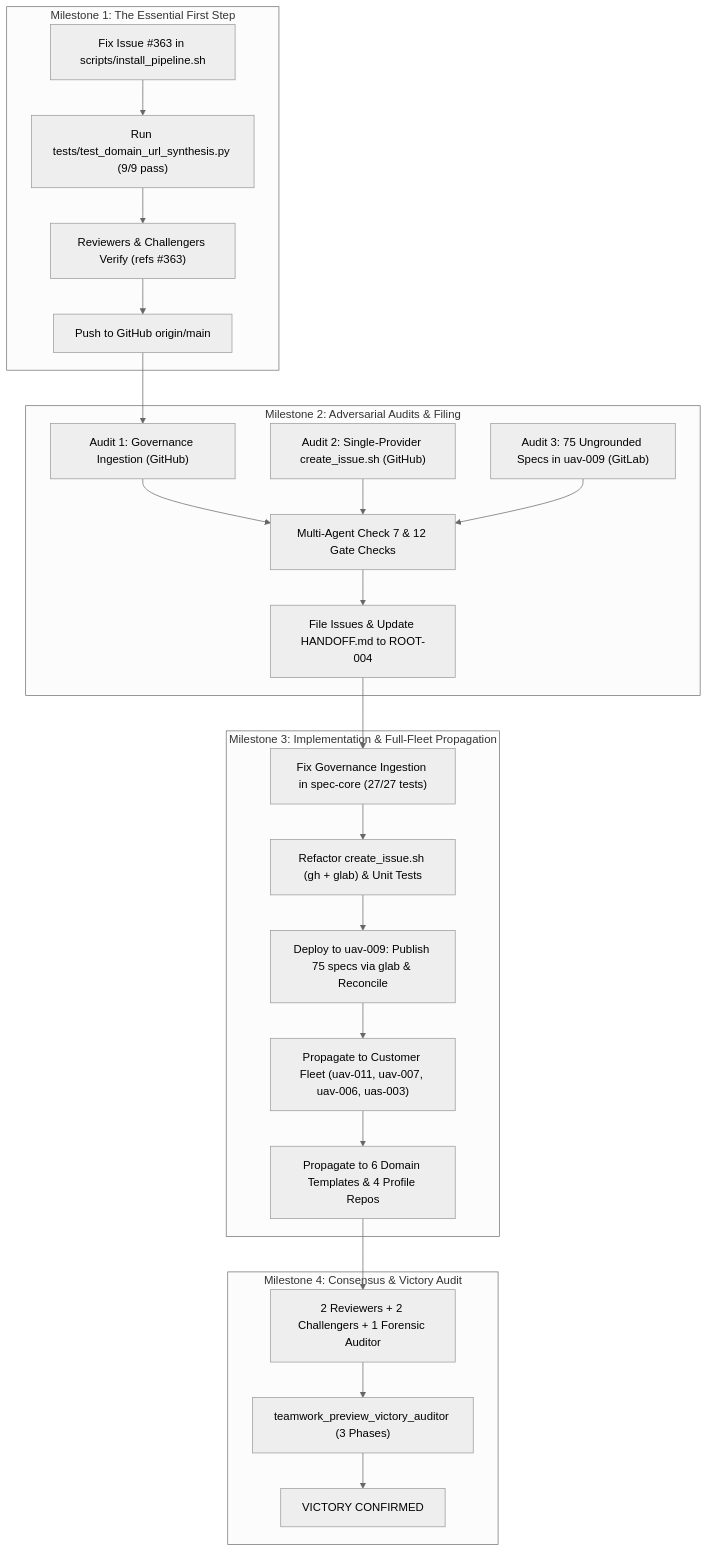
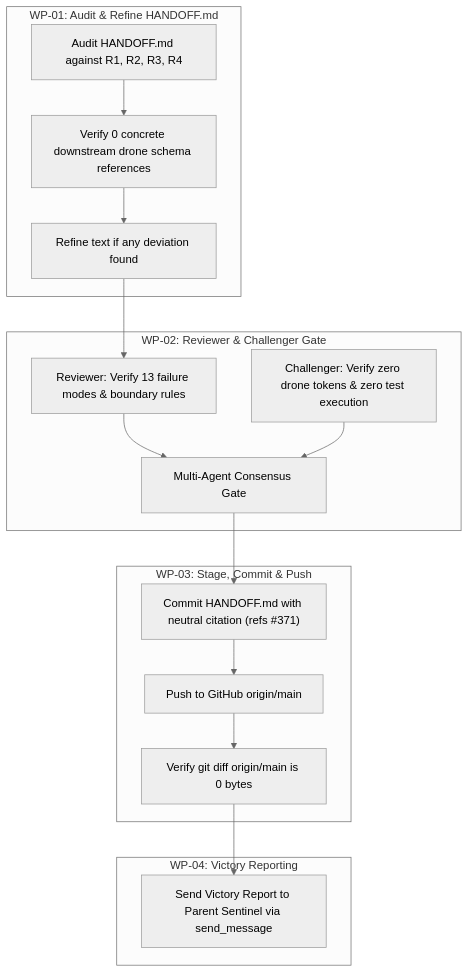
The diagram in implementation_plan.md (gintatkinson/DEAP01-spec-core), drawn with Mermaid (neutral theme) before and after one commit. The commit also changed other lines of this file and 3 other files, not shown here.

Commit message:
docs(handoff): update HANDOFF.md to DEAP-HANDOFF-ROOT-006 (refs #371)

````diff
--- a/implementation_plan.md
+++ b/implementation_plan.md
@@ -34,39 +35,31 @@
 ```mermaid
 flowchart TD
-    subgraph M1["Milestone 1: The Essential First Step"]
-        M1_Fix["Fix Issue #363 in scripts/install_pipeline.sh"]
-        M1_Test["Run tests/test_domain_url_synthesis.py (9/9 pass)"]
-        M1_Review["Reviewers & Challengers Verify (refs #363)"]
-        M1_Push["Push to GitHub origin/main"]
-        M1_Fix --> M1_Test --> M1_Review --> M1_Push
+    subgraph WP01 ["WP-01: Audit & Refine HANDOFF.md"]
+        WP01_Audit["Audit HANDOFF.md against R1, R2, R3, R4"]
+        WP01_Verify["Verify 0 concrete downstream drone schema references"]
+        WP01_Refine["Refine text if any deviation found"]
+        WP01_Audit --> WP01_Verify --> WP01_Refine
     end
 
-    subgraph M2["Milestone 2: Adversarial Audits & Filing"]
-        M2_Audit1["Audit 1: Governance Ingestion (GitHub)"]
-        M2_Audit2["Audit 2: Single-Provider create_issue.sh (GitHub)"]
-        M2_Audit3["Audit 3: 75 Ungrounded Specs in uav-009 (GitLab)"]
-        M2_Gate["Multi-Agent Check 7 & 12 Gate Checks"]
-        M2_File["File Issues & Update HANDOFF.md to ROOT-004"]
-        M2_Audit1 & M2_Audit2 & M2_Audit3 --> M2_Gate --> M2_File
+    subgraph WP02 ["WP-02: Reviewer & Challenger Gate"]
+        WP02_Review["Reviewer: Verify 13 failure modes & boundary rules"]
+        WP02_Challenge["Challenger: Verify zero drone tokens & zero test execution"]
+        WP02_Review --> WP02_Gate["Multi-Agent Consensus Gate"]
+        WP02_Challenge --> WP02_Gate
     end
 
-    subgraph M3["Milestone 3: Implementation & Full-Fleet Propagation"]
-        M3_Gov["Fix Governance Ingestion in spec-core (27/27 tests)"]
-        M3_Dual["Refactor create_issue.sh (gh + glab) & Unit Tests"]
-        M3_UAV009["Deploy to uav-009: Publish 75 specs via glab & Reconcile"]
-        M3_Cust["Propagate to Customer Fleet (uav-011, uav-007, uav-006, uas-003)"]
-        M3_Templates["Propagate to 6 Domain Templates & 4 Profile Repos"]
-        M3_Gov --> M3_Dual --> M3_UAV009 --> M3_Cust --> M3_Templates
+    subgraph WP03 ["WP-03: Stage, Commit & Push"]
+        WP03_Commit["Commit HANDOFF.md with neutral citation (refs #371)"]
+        WP03_Push["Push to GitHub origin/main"]
+        WP03_Diff["Verify git diff origin/main is 0 bytes"]
+        WP03_Commit --> WP03_Push --> WP03_Diff
     end
 
-    subgraph M4["Milestone 4: Consensus & Victory Audit"]
-        M4_Gate["2 Reviewers + 2 Challengers + 1 Forensic Auditor"]
-        M4_Victory["teamwork_preview_victory_auditor (3 Phases)"]
-        M4_Confirmed["VICTORY CONFIRMED"]
-        M4_Gate --> M4_Victory --> M4_Confirmed
+    subgraph WP04 ["WP-04: Victory Reporting"]
+        WP04_Report["Send Victory Report to Parent Sentinel via send_message"]
     end
 
-    M1_Push --> M2_Audit1
-    M2_File --> M3_Gov
-    M3_Templates --> M4_Gate
+    WP01_Refine --> WP02_Review
+    WP02_Gate --> WP03_Commit
+    WP03_Diff --> WP04_Report
 ```
````
